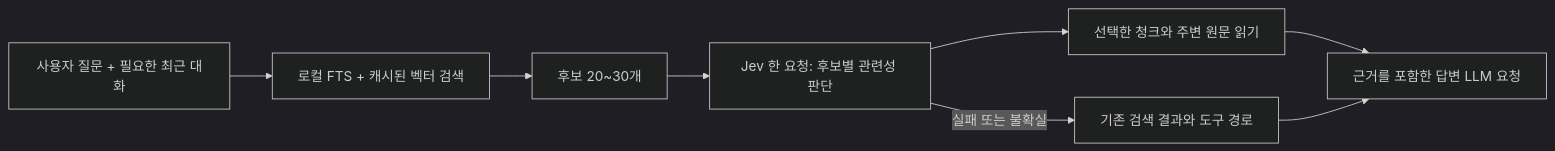
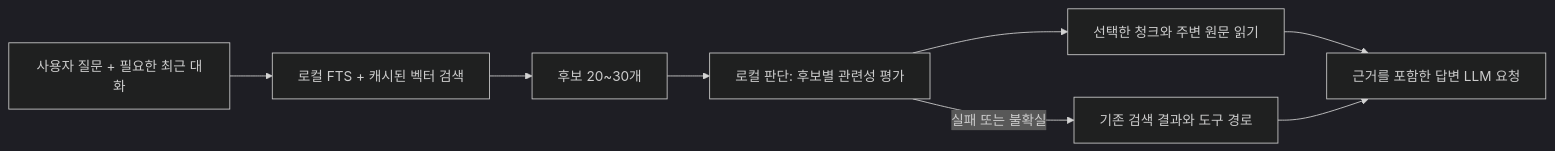
The diagram in JEV_MEMORY_ACCELERATION_PLAN.md (DINKIssTyle/DINKIssTyle-Local-LLM-Gateway-with-TTS), drawn with Mermaid (dark theme) before and after one commit. The commit also changed other lines of this file and 28 other files, not shown here.

````diff
--- a/JEV_MEMORY_ACCELERATION_PLAN.md
+++ b/JEV_MEMORY_ACCELERATION_PLAN.md
@@ -13,10 +69,10 @@
 ```mermaid
 flowchart LR
     A[사용자 질문 + 필요한 최근 대화] --> B[로컬 FTS + 캐시된 벡터 검색]
     B --> C[후보 20~30개]
-    C --> D[Jev 한 요청: 후보별 관련성 판단]
+    C --> D[로컬 판단: 후보별 관련성 평가]
     D --> E[선택한 청크와 주변 원문 읽기]
     E --> F[근거를 포함한 답변 LLM 요청]
     D -->|실패 또는 불확실| G[기존 검색 결과와 도구 경로]
     G --> F
 ```
````
